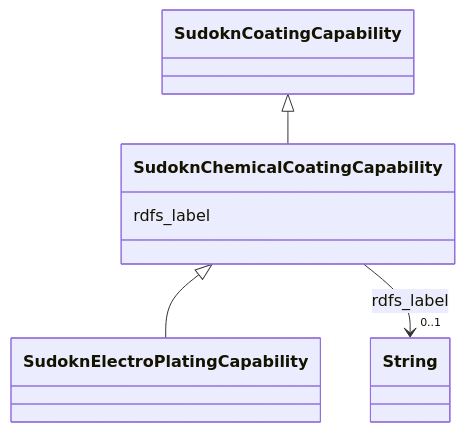
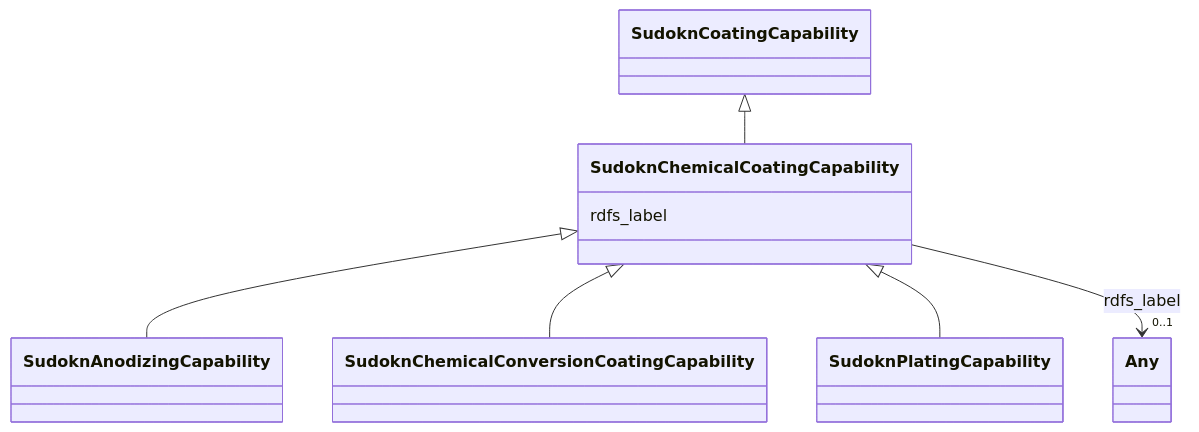
Before and after one commit to frink-okn/graph-descriptions: the diagram in sudokn-kg/classes/SudoknChemicalCoatingCapability.md, drawn with Mermaid. The commit also changed other lines of this file and 903 other files, not shown here.

````diff
--- a/sudokn-kg/classes/SudoknChemicalCoatingCapability.md
+++ b/sudokn-kg/classes/SudoknChemicalCoatingCapability.md
@@ -23,23 +18,27 @@
 ```mermaid
  classDiagram
     class SudoknChemicalCoatingCapability
     click SudoknChemicalCoatingCapability href "../SudoknChemicalCoatingCapability"
       SudoknCoatingCapability <|-- SudoknChemicalCoatingCapability
         click SudoknCoatingCapability href "../SudoknCoatingCapability"
       
 
-      SudoknChemicalCoatingCapability <|-- SudoknElectroPlatingCapability
-        click SudoknElectroPlatingCapability href "../SudoknElectroPlatingCapability"
+      SudoknChemicalCoatingCapability <|-- SudoknAnodizingCapability
+        click SudoknAnodizingCapability href "../SudoknAnodizingCapability"
+      SudoknChemicalCoatingCapability <|-- SudoknChemicalConversionCoatingCapability
+        click SudoknChemicalConversionCoatingCapability href "../SudoknChemicalConversionCoatingCapability"
+      SudoknChemicalCoatingCapability <|-- SudoknPlatingCapability
+        click SudoknPlatingCapability href "../SudoknPlatingCapability"
       
       
       SudoknChemicalCoatingCapability : rdfs_label
         
           
     
     
-    SudoknChemicalCoatingCapability --> "0..1" String : rdfs_label
-    click String href "../String"
+    SudoknChemicalCoatingCapability --> "0..1" Any : rdfs_label
+    click Any href "../Any"
 
         
       
 ```
````
